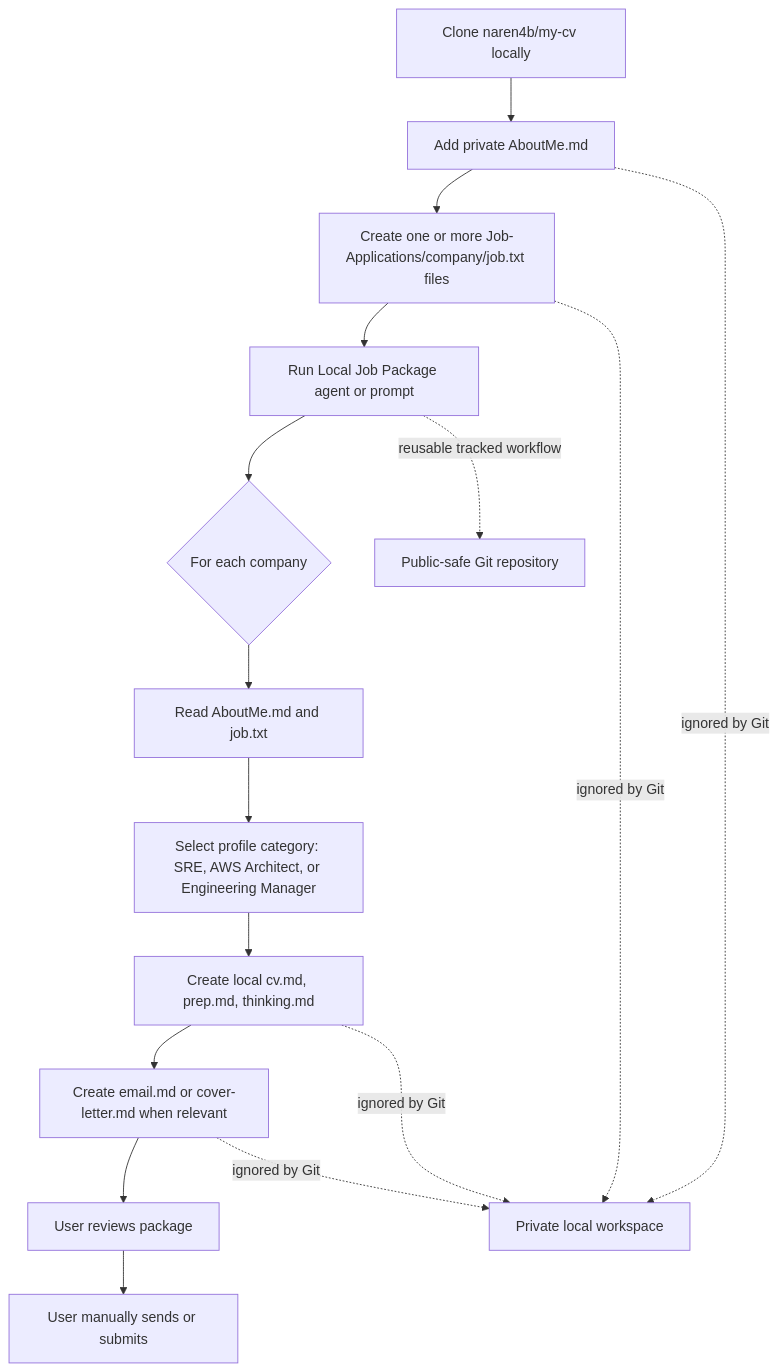
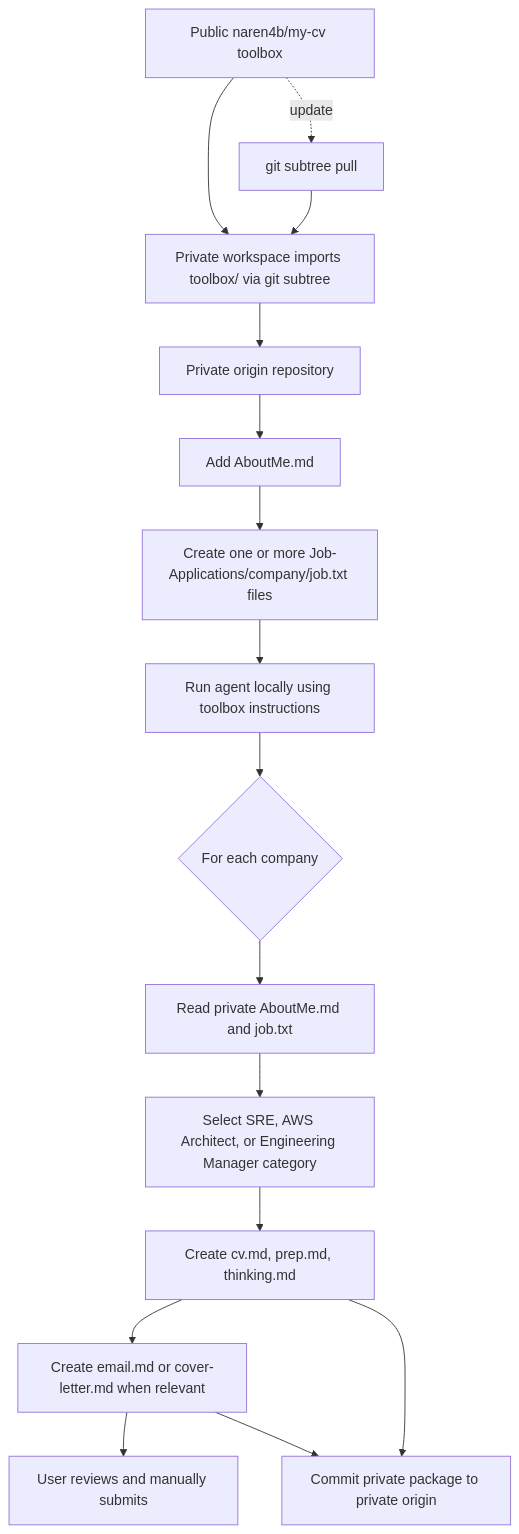
One commit to naren4b/cv-toolbox changed the diagram in Architecture.md. Above: the diagram before and after it, drawn with Mermaid. The commit also changed other lines of this file and 3 other files, not shown here.

Commit message:
Document private workspace toolbox workflow

````diff
--- a/Architecture.md
+++ b/Architecture.md
@@ -9,19 +9,18 @@
 ```mermaid
 flowchart TD
-    A[Clone naren4b/my-cv locally] --> B[Add private AboutMe.md]
-    B --> C[Create one or more Job-Applications/company/job.txt files]
-    C --> D[Run Local Job Package agent or prompt]
-    D --> E{For each company}
-    E --> F[Read AboutMe.md and job.txt]
-    F --> G[Select profile category: SRE, AWS Architect, or Engineering Manager]
-    G --> H[Create local cv.md, prep.md, thinking.md]
-    H --> I[Create email.md or cover-letter.md when relevant]
-    I --> J[User reviews package]
-    J --> K[User manually sends or submits]
-
-    B -. ignored by Git .-> L[Private local workspace]
-    C -. ignored by Git .-> L
-    H -. ignored by Git .-> L
-    I -. ignored by Git .-> L
-    D -. reusable tracked workflow .-> M[Public-safe Git repository]
+    A[Public naren4b/my-cv toolbox] --> B[Private workspace imports toolbox/ via git subtree]
+    B --> C[Private origin repository]
+    C --> D[Add AboutMe.md]
+    D --> E[Create one or more Job-Applications/company/job.txt files]
+    E --> F[Run agent locally using toolbox instructions]
+    F --> G{For each company}
+    G --> H[Read private AboutMe.md and job.txt]
+    H --> I[Select SRE, AWS Architect, or Engineering Manager category]
+    I --> J[Create cv.md, prep.md, thinking.md]
+    J --> K[Create email.md or cover-letter.md when relevant]
+    K --> L[User reviews and manually submits]
+    J --> M[Commit private package to private origin]
+    K --> M
+    A -. update .-> N[git subtree pull]
+    N --> B
 ```
````
